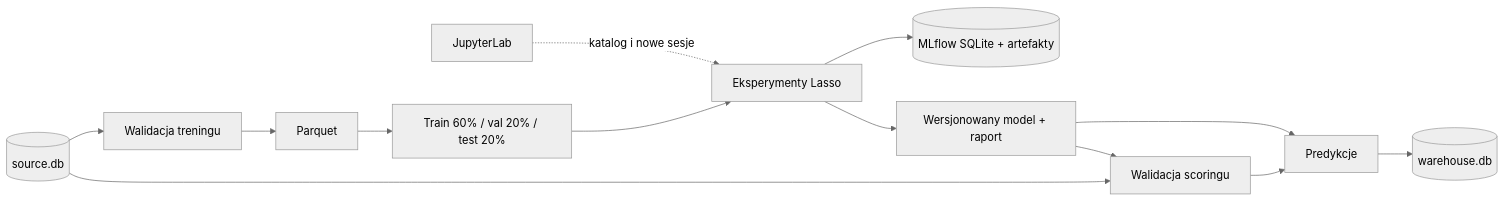
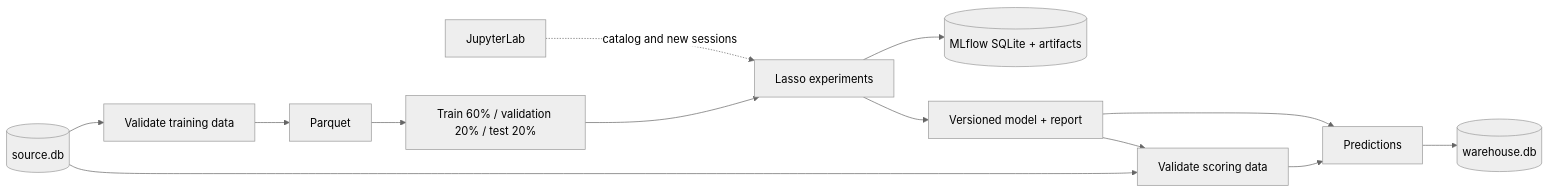
The first of 2 diagrams in docs/architecture.md (satanisz/kedro-trening), drawn with Mermaid (neutral theme) before and after one commit. The commit also changed other lines of this file and 4 other files, not shown here.

````diff
--- a/docs/architecture.md
+++ b/docs/architecture.md
@@ -7,15 +7,15 @@
 ```mermaid
 flowchart LR
-    source[(source.db)] --> validate[Walidacja treningu]
+    source[(source.db)] --> validate[Validate training data]
     validate --> parquet[Parquet]
-    parquet --> split[Train 60% / val 20% / test 20%]
-    split --> train[Eksperymenty Lasso]
-    train --> mlflow[(MLflow SQLite + artefakty)]
-    train --> model[Wersjonowany model + raport]
-    source --> scoring[Walidacja scoringu]
+    parquet --> split[Train 60% / validation 20% / test 20%]
+    split --> train[Lasso experiments]
+    train --> mlflow[(MLflow SQLite + artifacts)]
+    train --> model[Versioned model + report]
+    source --> scoring[Validate scoring data]
     model --> scoring
-    scoring --> predict[Predykcje]
+    scoring --> predict[Predictions]
     model --> predict
     predict --> warehouse[(warehouse.db)]
-    lab[JupyterLab] -. katalog i nowe sesje .-> train
+    lab[JupyterLab] -. catalog and new sessions .-> train
 ```
````
